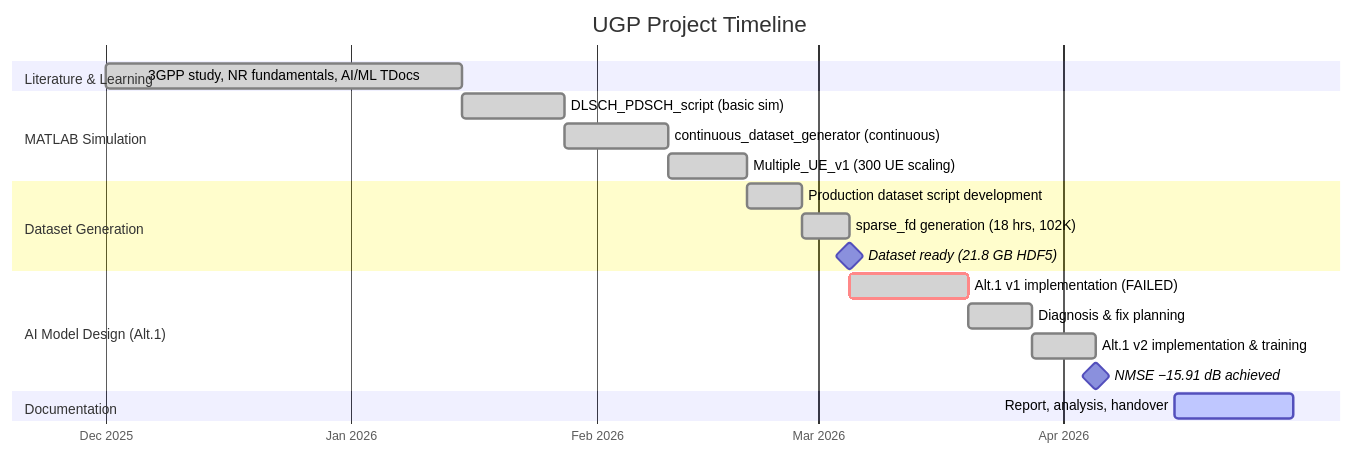
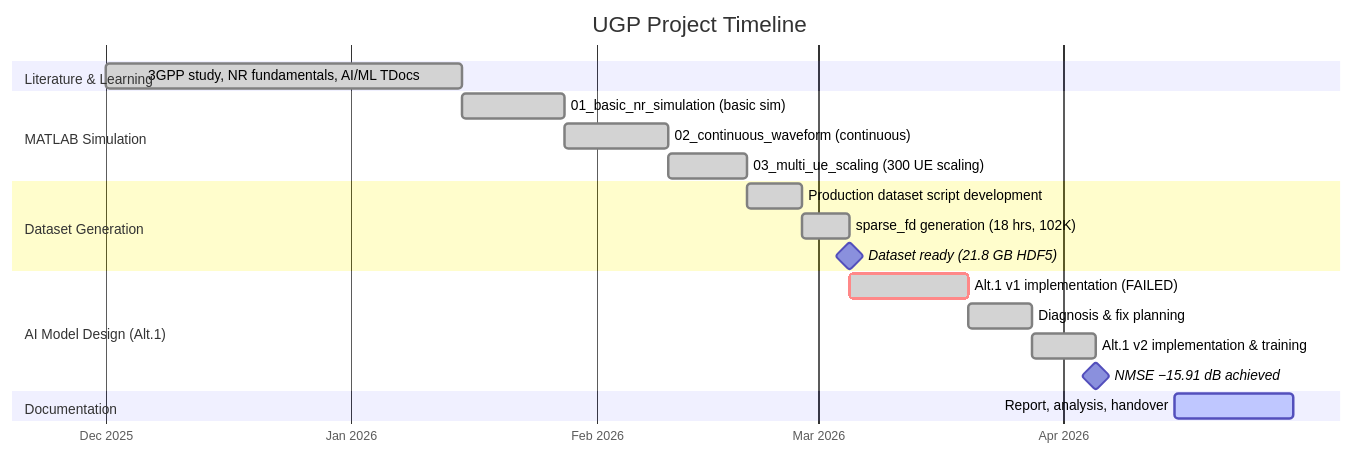
The diagram in timeline_and_report/project_timeline.md (ABTG716/6G-AI-Sparse-DMRS-Estimation), drawn with Mermaid before and after one commit. The commit also changed other lines of this file and 1 other file, not shown here.

First line of the commit message:
Update all file references in report and timeline to match repo structure

````diff
--- a/timeline_and_report/project_timeline.md
+++ b/timeline_and_report/project_timeline.md
@@ -7,28 +7,28 @@
 ```mermaid
 gantt
     title UGP Project Timeline
     dateFormat YYYY-MM-DD
     axisFormat %b %Y
 
     section Literature & Learning
     3GPP study, NR fundamentals, AI/ML TDocs :done, 2025-12-01, 2026-01-15
 
     section MATLAB Simulation
-    DLSCH_PDSCH_script (basic sim)            :done, 2026-01-15, 2026-01-28
-    continuous_dataset_generator (continuous) :done, 2026-01-28, 2026-02-10
-    Multiple_UE_v1 (300 UE scaling)           :done, 2026-02-10, 2026-02-20
+    01_basic_nr_simulation (basic sim)        :done, 2026-01-15, 2026-01-28
+    02_continuous_waveform (continuous)       :done, 2026-01-28, 2026-02-10
+    03_multi_ue_scaling (300 UE scaling)      :done, 2026-02-10, 2026-02-20
 
     section Dataset Generation
     Production dataset script development     :done, 2026-02-20, 2026-02-27
     sparse_fd generation (18 hrs, 102K)       :done, 2026-02-27, 2026-03-05
     Dataset ready (21.8 GB HDF5)              :milestone, 2026-03-05, 0d
 
     section AI Model Design (Alt.1)
     Alt.1 v1 implementation (FAILED)          :crit, done, 2026-03-05, 2026-03-20
     Diagnosis & fix planning                  :done, 2026-03-20, 2026-03-28
     Alt.1 v2 implementation & training        :done, 2026-03-28, 2026-04-05
     NMSE −15.91 dB achieved                   :milestone, 2026-04-05, 0d
 
     section Documentation
     Report, analysis, handover                :active, 2026-04-15, 2026-04-30
 ```
````
